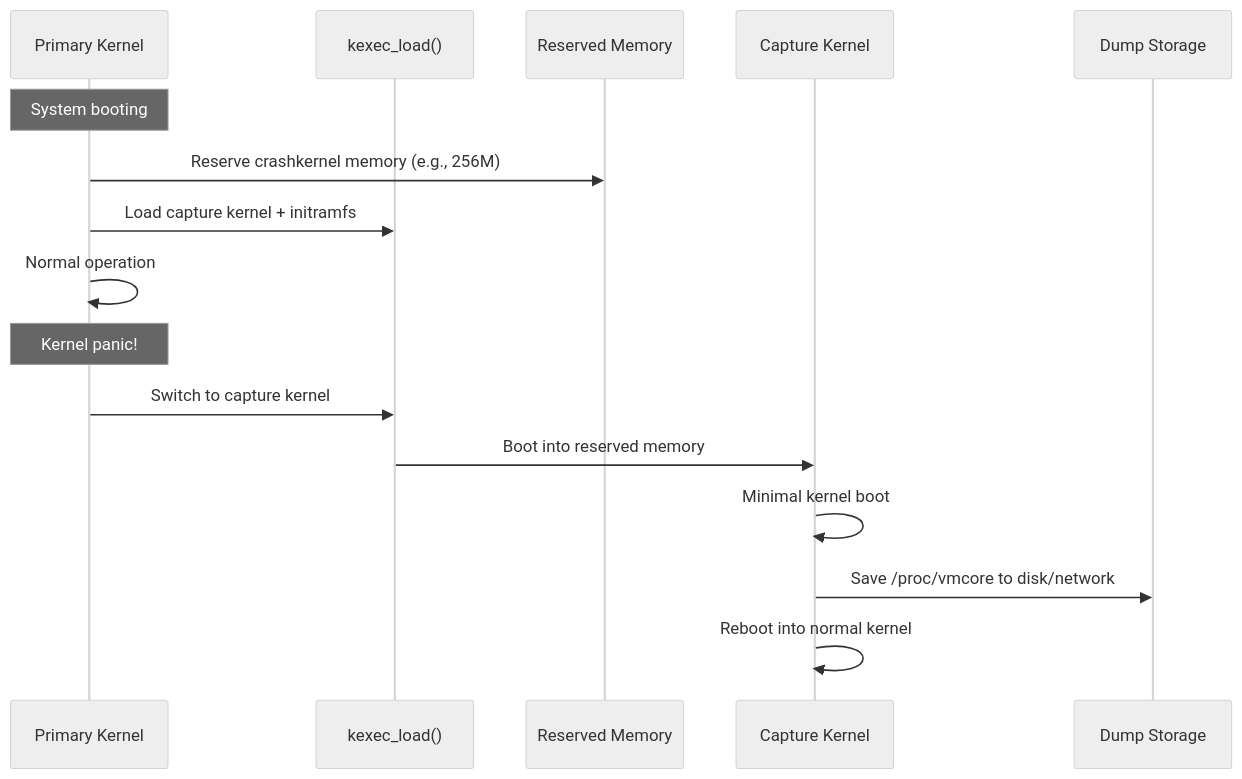
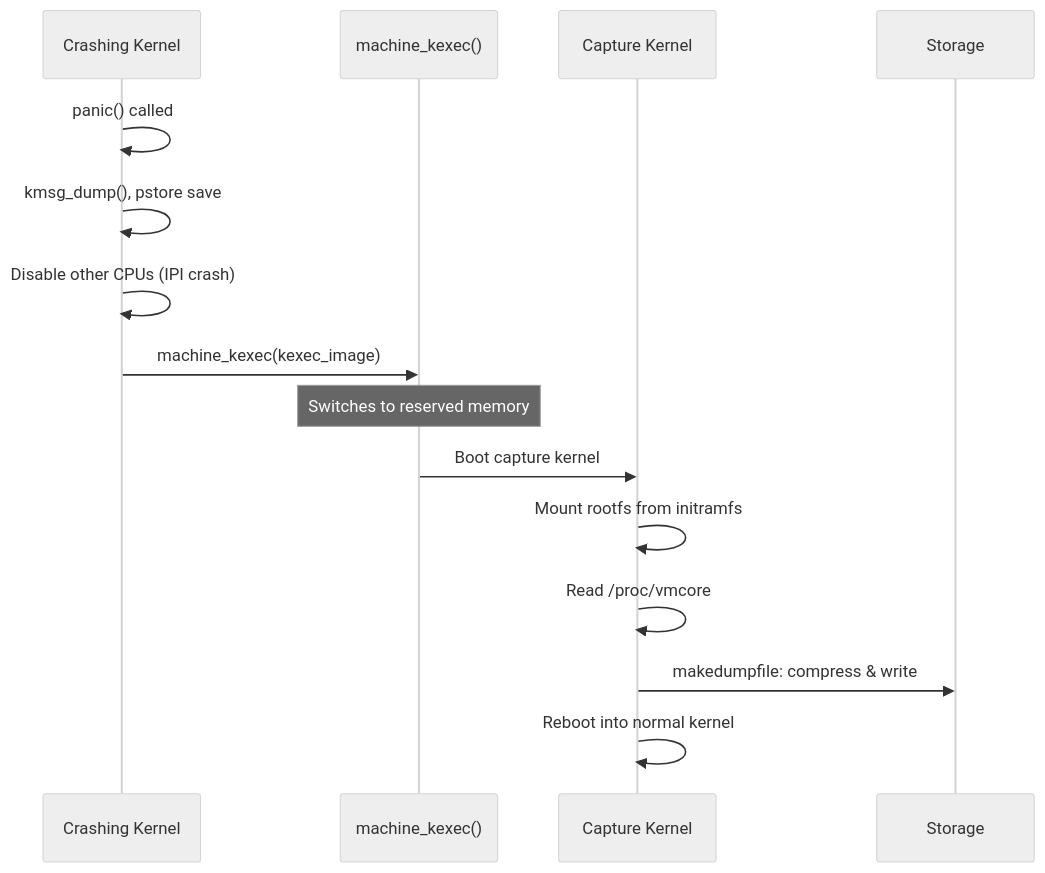
Before and after one commit to Abhinav-Kumar012/lb2: the second of 2 diagrams in src/kernel/debugging/crash-dump.md, drawn with Mermaid (neutral theme). The commit also changed other lines of this file and 1 other file, not shown here.

````diff
--- a/src/kernel/debugging/crash-dump.md
+++ b/src/kernel/debugging/crash-dump.md
@@ -11,20 +80,18 @@
 ```mermaid
 sequenceDiagram
-    participant Primary as Primary Kernel
-    participant Kexec as kexec_load()
-    participant Reserved as Reserved Memory
+    participant Kernel as Crashing Kernel
+    participant KEXEC as machine_kexec()
     participant Capture as Capture Kernel
-    participant Disk as Dump Storage
-    
-    Note over Primary: System booting
-    Primary->>Reserved: Reserve crashkernel memory (e.g., 256M)
-    Primary->>Kexec: Load capture kernel + initramfs
-    Primary->>Primary: Normal operation
-    
-    Note over Primary: Kernel panic!
-    Primary->>Kexec: Switch to capture kernel
-    Kexec->>Capture: Boot into reserved memory
-    Capture->>Capture: Minimal kernel boot
-    Capture->>Disk: Save /proc/vmcore to disk/network
+    participant Disk as Storage
+
+    Kernel->>Kernel: panic() called
+    Kernel->>Kernel: kmsg_dump(), pstore save
+    Kernel->>Kernel: Disable other CPUs (IPI crash)
+    Kernel->>KEXEC: machine_kexec(kexec_image)
+    Note over KEXEC: Switches to reserved memory
+    KEXEC->>Capture: Boot capture kernel
+    Capture->>Capture: Mount rootfs from initramfs
+    Capture->>Capture: Read /proc/vmcore
+    Capture->>Disk: makedumpfile: compress & write
     Capture->>Capture: Reboot into normal kernel
 ```
````
